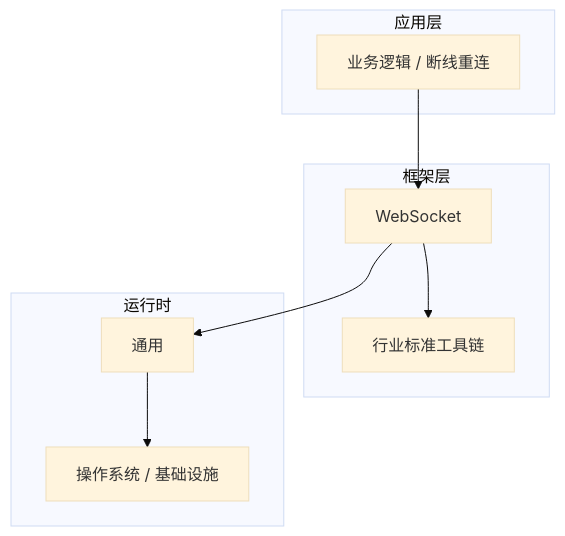
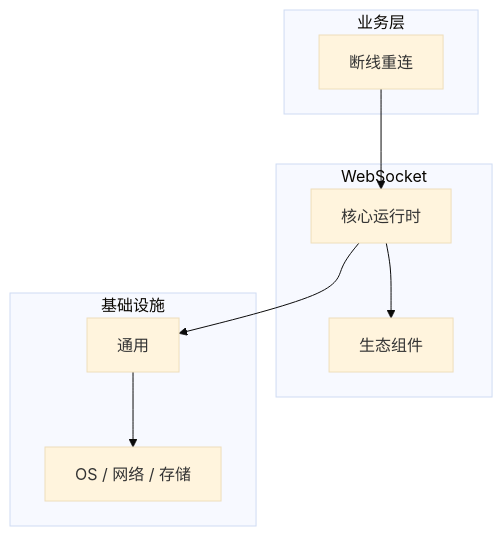
The diagram in articles/WebSocket/chapters/031-断线重连核心概念与原理.md (yanggan2015/knowledge-json-v2), drawn with Mermaid (base theme) before and after one commit. The commit also changed other lines of this file and 10127 other files, not shown here.

````diff
--- a/articles/WebSocket/chapters/031-断线重连核心概念与原理.md
+++ b/articles/WebSocket/chapters/031-断线重连核心概念与原理.md
@@ -45,18 +34,18 @@
 ```mermaid
 graph TB
-    subgraph 应用层
-        A[业务逻辑 / 断线重连]
+    subgraph 业务层
+        A[断线重连]
     end
-    subgraph 框架层
-        B[WebSocket]
-        C[行业标准工具链]
+    subgraph WebSocket
+        B[核心运行时]
+        C[生态组件]
     end
-    subgraph 运行时
+    subgraph 基础设施
         D[通用]
-        E[操作系统 / 基础设施]
+        E[OS / 网络 / 存储]
     end
     A --> B
     B --> C
     B --> D
     D --> E
 ```
````
